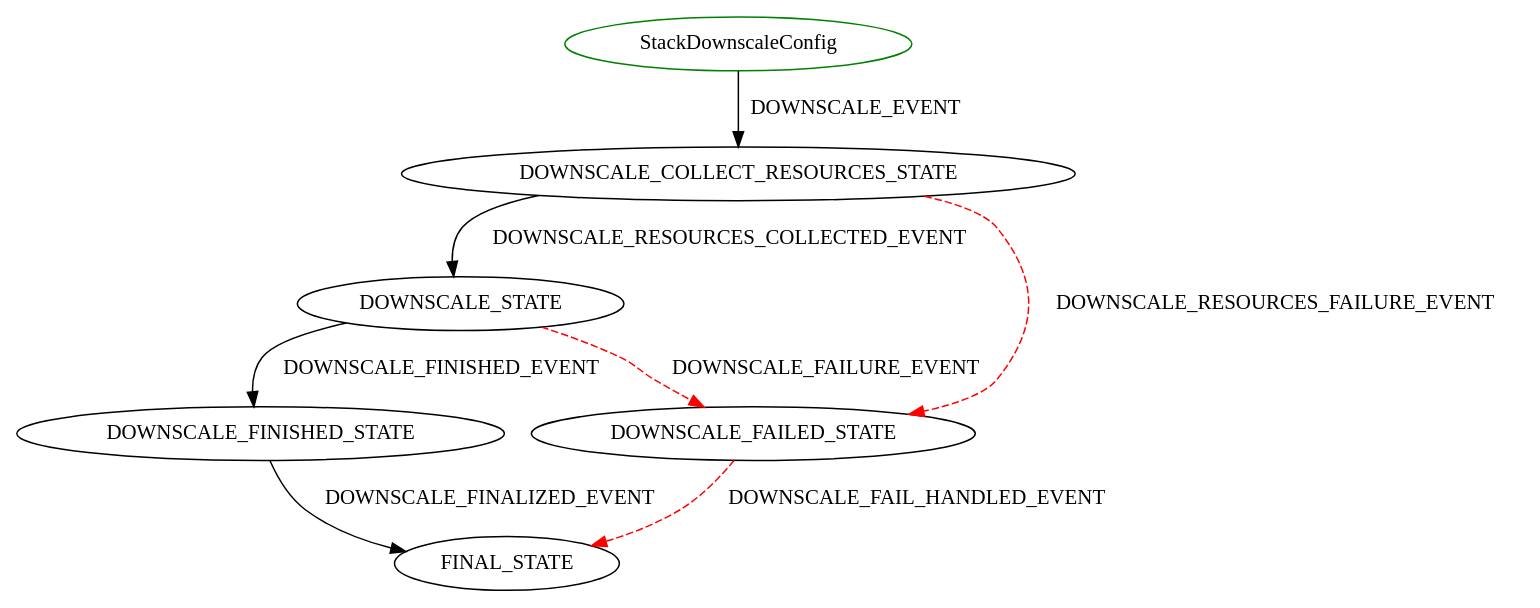
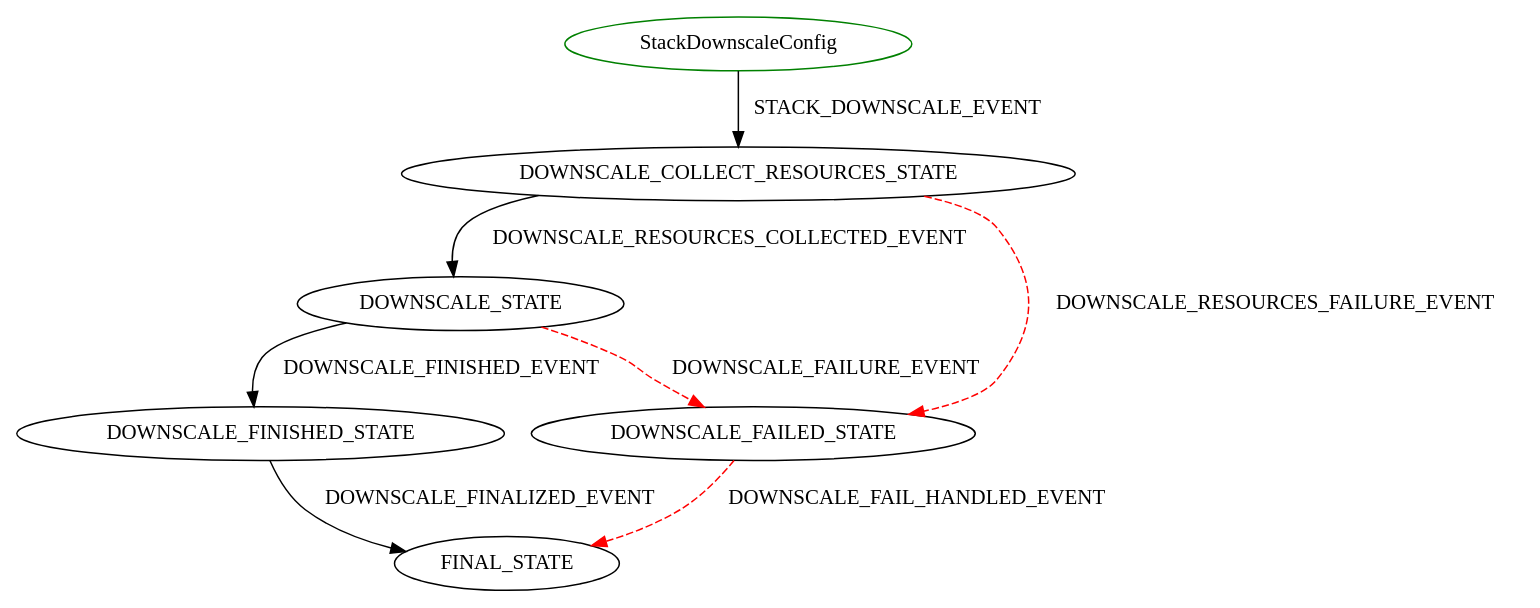
The diagram in docs/diagrams/StackDownscaleConfig.dot (sequenceiq/cloudbreak-docs), drawn with Graphviz before and after one commit. The commit also changed 3 other files, not shown here.

Commit message:
CLOUD-58085 Update flow graphs

```diff
--- a/docs/diagrams/StackDownscaleConfig.dot
+++ b/docs/diagrams/StackDownscaleConfig.dot
@@ -1,10 +1,10 @@
 digraph {
 INIT_STATE [label="StackDownscaleConfig" shape=ellipse color=green];
-INIT_STATE -> DOWNSCALE_COLLECT_RESOURCES_STATE [label="DOWNSCALE_EVENT" color=black style=solid];
+INIT_STATE -> DOWNSCALE_COLLECT_RESOURCES_STATE [label="STACK_DOWNSCALE_EVENT" color=black style=solid];
 DOWNSCALE_COLLECT_RESOURCES_STATE -> DOWNSCALE_STATE [label="DOWNSCALE_RESOURCES_COLLECTED_EVENT" color=black style=solid];
 DOWNSCALE_COLLECT_RESOURCES_STATE -> DOWNSCALE_FAILED_STATE [label="DOWNSCALE_RESOURCES_FAILURE_EVENT" color=red style=dashed];
 DOWNSCALE_FAILED_STATE -> FINAL_STATE [label="DOWNSCALE_FAIL_HANDLED_EVENT" color=red style=dashed];
 DOWNSCALE_STATE -> DOWNSCALE_FINISHED_STATE [label="DOWNSCALE_FINISHED_EVENT" color=black style=solid];
 DOWNSCALE_STATE -> DOWNSCALE_FAILED_STATE [label="DOWNSCALE_FAILURE_EVENT" color=red style=dashed];
 DOWNSCALE_FINISHED_STATE -> FINAL_STATE [label="DOWNSCALE_FINALIZED_EVENT" color=black style=solid];
 }
```
